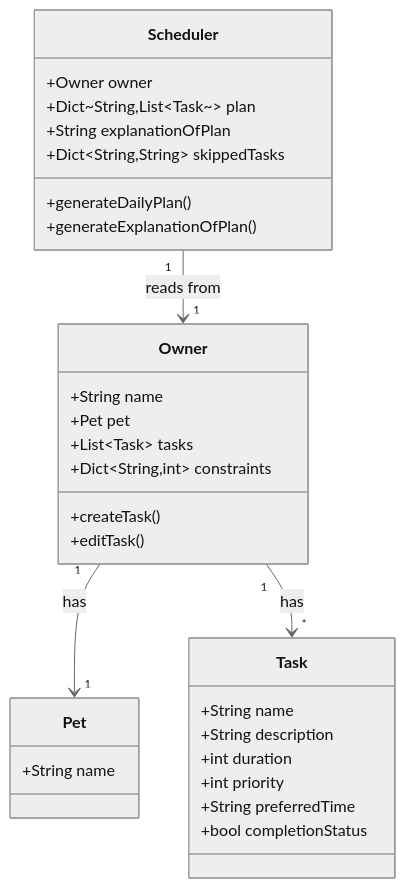
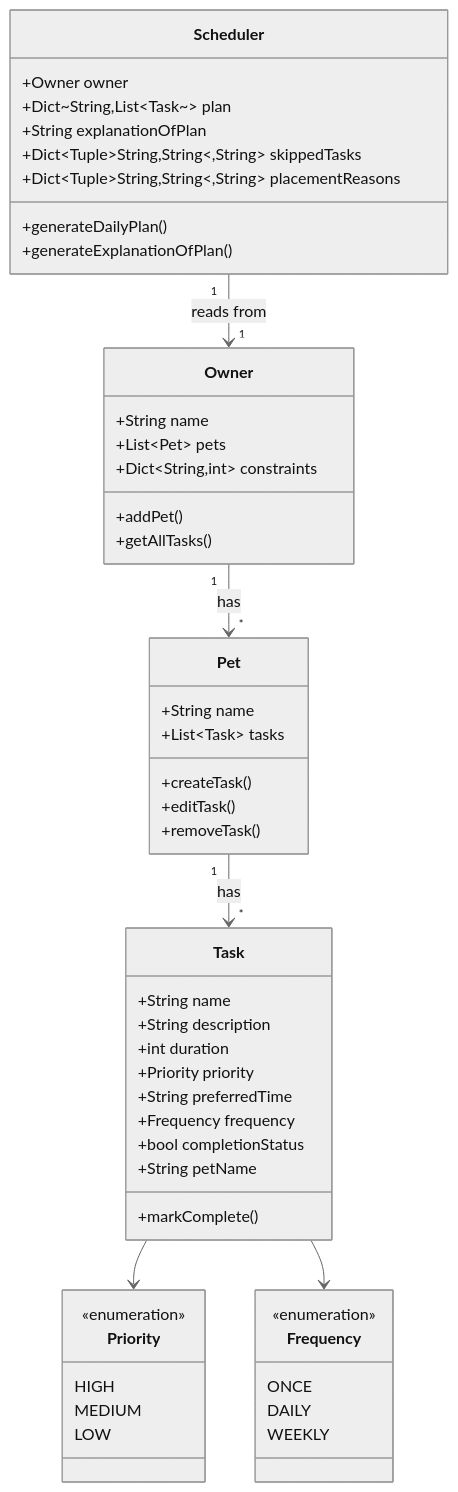
The diagram in diagrams/uml.mmd (salvillalon45/ai110-module2show-pawpal-starter), drawn with Mermaid (neutral theme) before and after one commit. The commit also changed 6 other files, not shown here.

```diff
--- a/diagrams/uml.mmd
+++ b/diagrams/uml.mmd
@@ -1,35 +1,58 @@
 classDiagram
     class Owner {
         +String name
-        +Pet pet
-        +List~Task~ tasks
+        +List~Pet~ pets 
         +Dict~String,int~ constraints
-        +createTask()
-        +editTask()
-    }
-
-    class Pet {
-        +String name
+        +addPet()
+        +getAllTasks()
     }
 
     class Task {
         +String name
         +String description
         +int duration
-        +int priority
+        +Priority priority
         +String preferredTime
+        +Frequency frequency
         +bool completionStatus
+        +String petName
+        +markComplete()
+    }
+
+    class Priority {
+        <<enumeration>>
+        HIGH
+        MEDIUM
+        LOW
+    }
+
+    class Frequency {
+        <<enumeration>>
+        ONCE
+        DAILY
+        WEEKLY
+    }
+
+    class Pet {
+        +String name
+        +List~Task~ tasks
+        +createTask()
+        +editTask()
+        +removeTask()
     }
 
     class Scheduler {
         +Owner owner
         +Dict~String,List~Task~~ plan
         +String explanationOfPlan
-        +Dict~String,String~ skippedTasks
+        +Dict~Tuple~String,String~,String~ skippedTasks
+        +Dict~Tuple~String,String~,String~ placementReasons
         +generateDailyPlan()
         +generateExplanationOfPlan()
     }
 
-    Owner "1" --> "1" Pet : has
-    Owner "1" --> "*" Task : has
+    Pet "1" --> "*" Task : has
+    Task --> Priority
+    Task --> Frequency
+    Owner "1" --> "*" Pet : has
     Scheduler "1" --> "1" Owner : reads from
```
